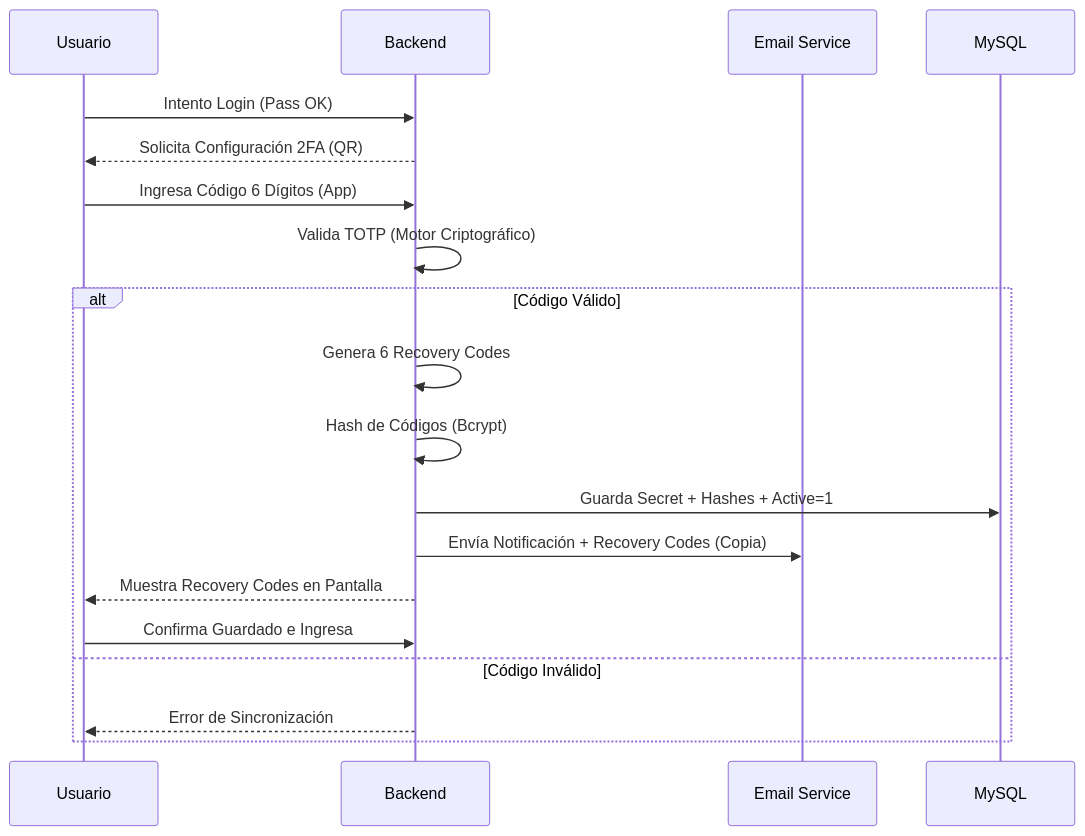
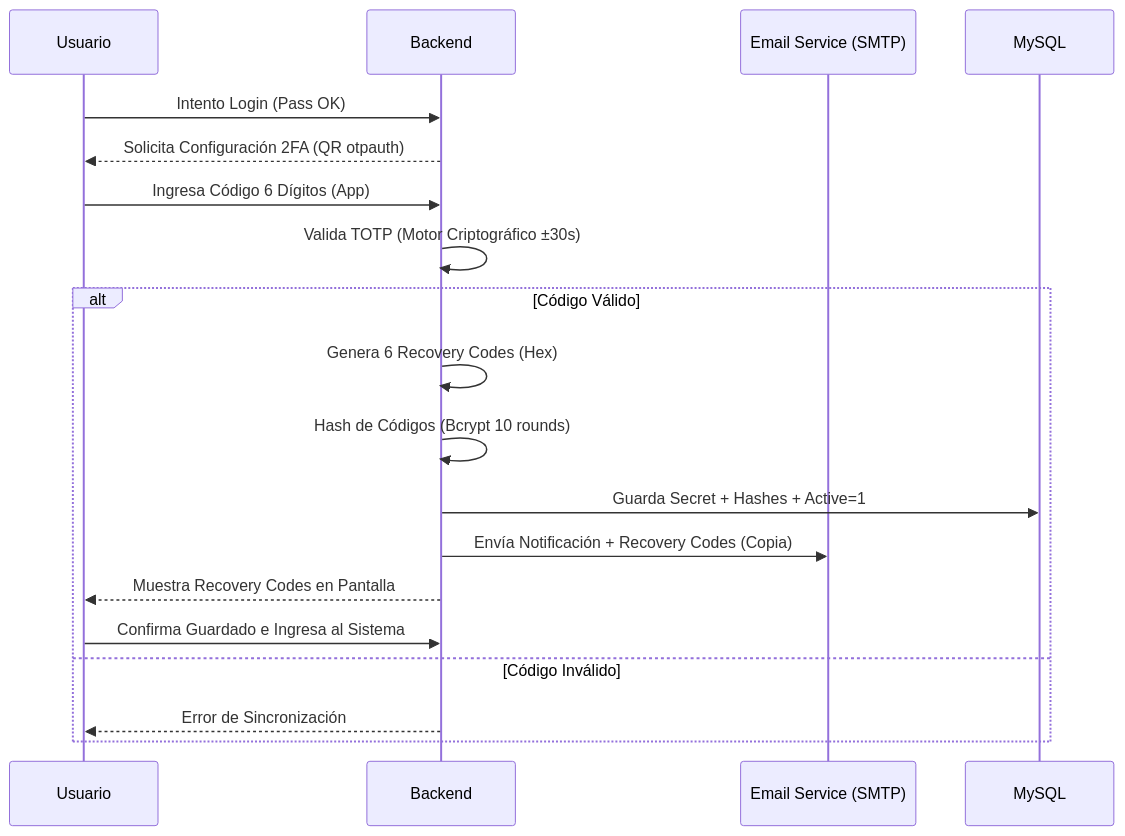
One commit to sheyk87/Sistema_Documental_JS changed the third of 5 diagrams in README.md. Above: the diagram before and after it, drawn with Mermaid. The commit also changed other lines of this file, not shown here.

````diff
--- a/README.md
+++ b/README.md
@@ -121,22 +435,22 @@
 ```mermaid
 sequenceDiagram
     participant U as Usuario
     participant B as Backend
-    participant E as Email Service
+    participant E as Email Service (SMTP)
     participant DB as MySQL
 
     U->>B: Intento Login (Pass OK)
-    B-->>U: Solicita Configuración 2FA (QR)
+    B-->>U: Solicita Configuración 2FA (QR otpauth)
     U->>B: Ingresa Código 6 Dígitos (App)
-    B->>B: Valida TOTP (Motor Criptográfico)
+    B->>B: Valida TOTP (Motor Criptográfico ±30s)
     alt Código Válido
-        B->>B: Genera 6 Recovery Codes
-        B->>B: Hash de Códigos (Bcrypt)
+        B->>B: Genera 6 Recovery Codes (Hex)
+        B->>B: Hash de Códigos (Bcrypt 10 rounds)
         B->>DB: Guarda Secret + Hashes + Active=1
         B->>E: Envía Notificación + Recovery Codes (Copia)
         B-->>U: Muestra Recovery Codes en Pantalla
-        U->>B: Confirma Guardado e Ingresa
+        U->>B: Confirma Guardado e Ingresa al Sistema
     else Código Inválido
         B-->>U: Error de Sincronización
     end
 ```
````
